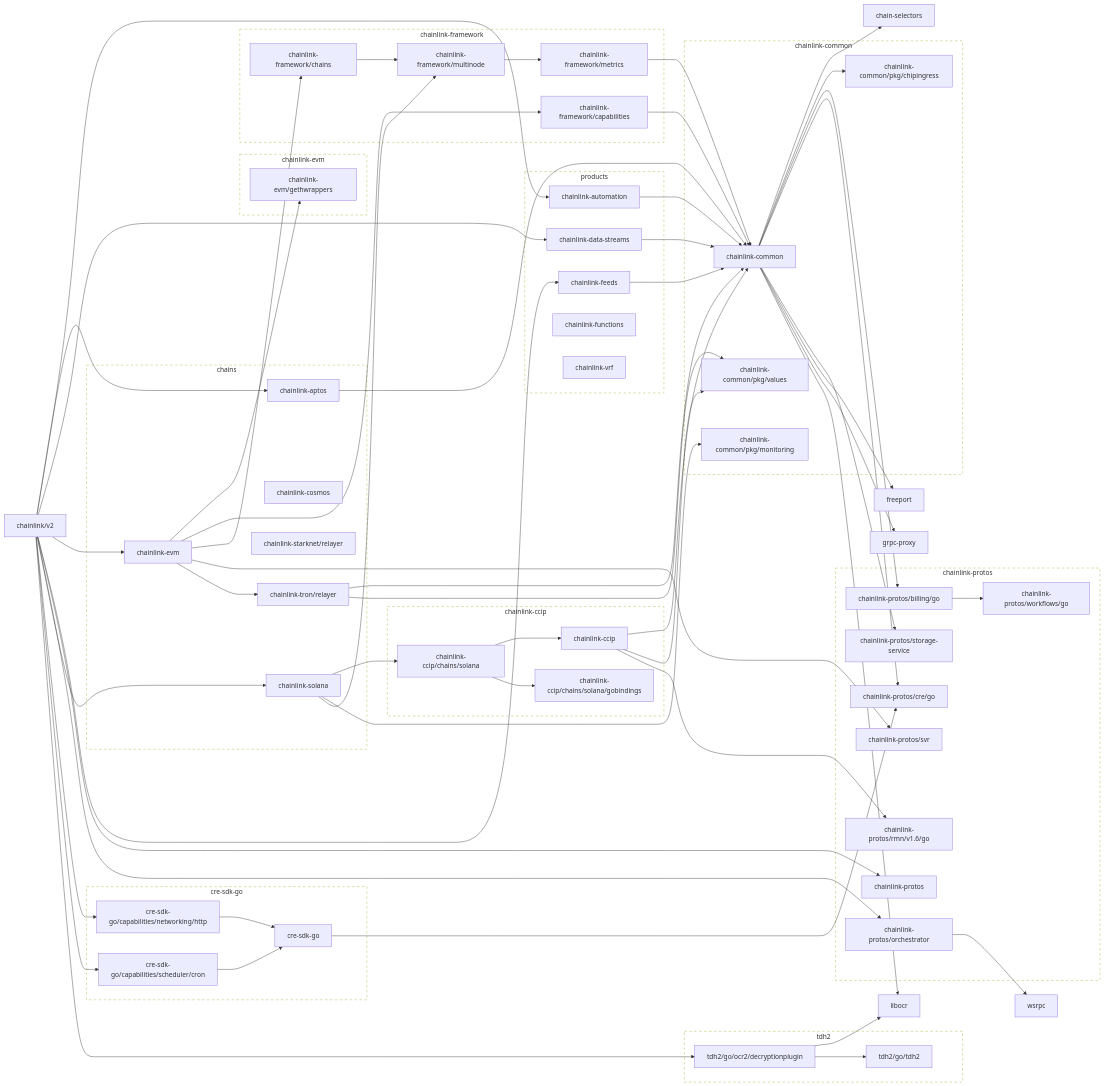
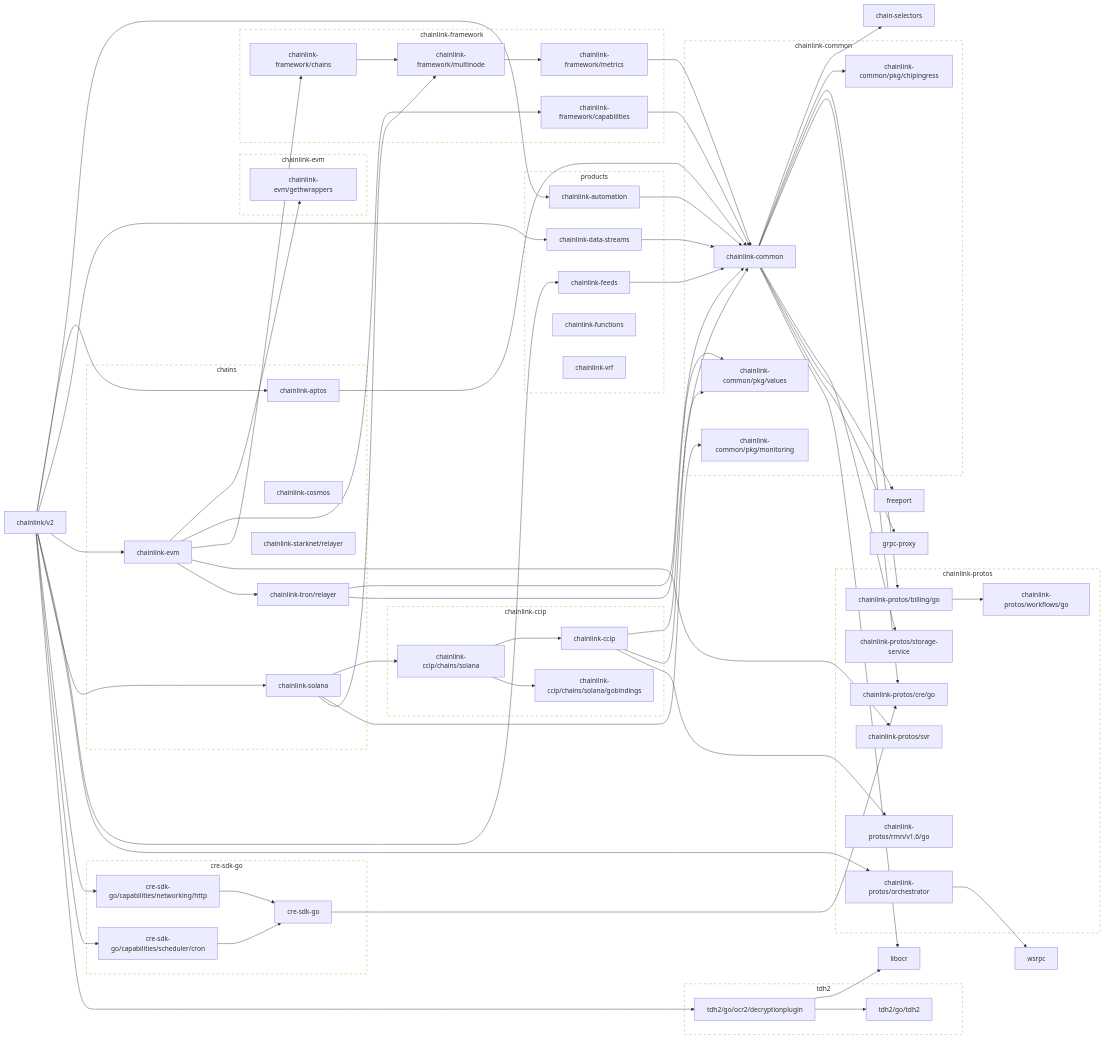
The first of 2 diagrams in go.md (JohnDaWalka/chainlink), drawn with Mermaid before and after one commit. The commit also changed other lines of this file and 2 other files, not shown here.

Commit message:
tidy and gen

```diff
--- a/go.md
+++ b/go.md
@@ -72,8 +72,6 @@
 	click chainlink-framework/metrics href "https://github.com/smartcontractkit/chainlink-framework"
 	chainlink-framework/multinode --> chainlink-framework/metrics
 	click chainlink-framework/multinode href "https://github.com/smartcontractkit/chainlink-framework"
-	chainlink-protos
-	click chainlink-protos href "https://github.com/smartcontractkit/chainlink-protos"
 	chainlink-protos/billing/go --> chainlink-protos/workflows/go
 	click chainlink-protos/billing/go href "https://github.com/smartcontractkit/chainlink-protos"
 	chainlink-protos/cre/go
@@ -100,7 +98,6 @@
 	chainlink/v2 --> chainlink-data-streams
 	chainlink/v2 --> chainlink-evm
 	chainlink/v2 --> chainlink-feeds
-	chainlink/v2 --> chainlink-protos
 	chainlink/v2 --> chainlink-protos/orchestrator
 	chainlink/v2 --> chainlink-solana
 	chainlink/v2 --> cre-sdk-go/capabilities/networking/http
@@ -157,7 +154,6 @@
 	click chainlink-framework-repo href "https://github.com/smartcontractkit/chainlink-framework"
 
 	subgraph chainlink-protos-repo[chainlink-protos]
-		 chainlink-protos
 		 chainlink-protos/billing/go
 		 chainlink-protos/cre/go
 		 chainlink-protos/orchestrator
```
